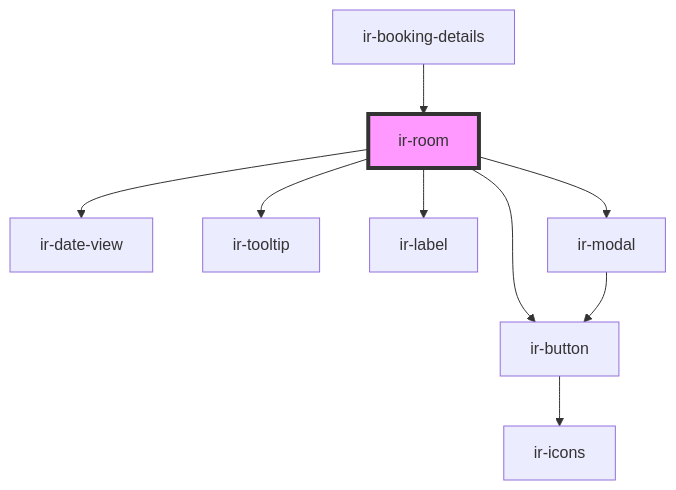
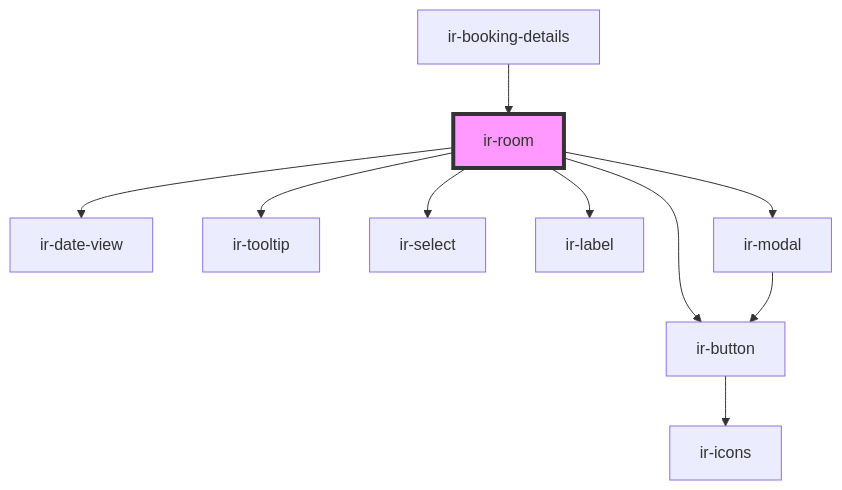
One commit to David1Chowaifaty/modified-ir-webcmp changed the diagram in src/components/ir-booking-details/ir-room/readme.md. Above: the diagram before and after it, drawn with Mermaid. The commit also changed other lines of this file and 58 other files, not shown here.

````diff
--- a/src/components/ir-booking-details/ir-room/readme.md
+++ b/src/components/ir-booking-details/ir-room/readme.md
@@ -57,12 +61,13 @@
 ```mermaid
 graph TD;
   ir-room --> ir-button
   ir-room --> ir-date-view
   ir-room --> ir-tooltip
+  ir-room --> ir-select
   ir-room --> ir-label
   ir-room --> ir-modal
   ir-button --> ir-icons
   ir-modal --> ir-button
   ir-booking-details --> ir-room
   style ir-room fill:#f9f,stroke:#333,stroke-width:4px
 ```
````
